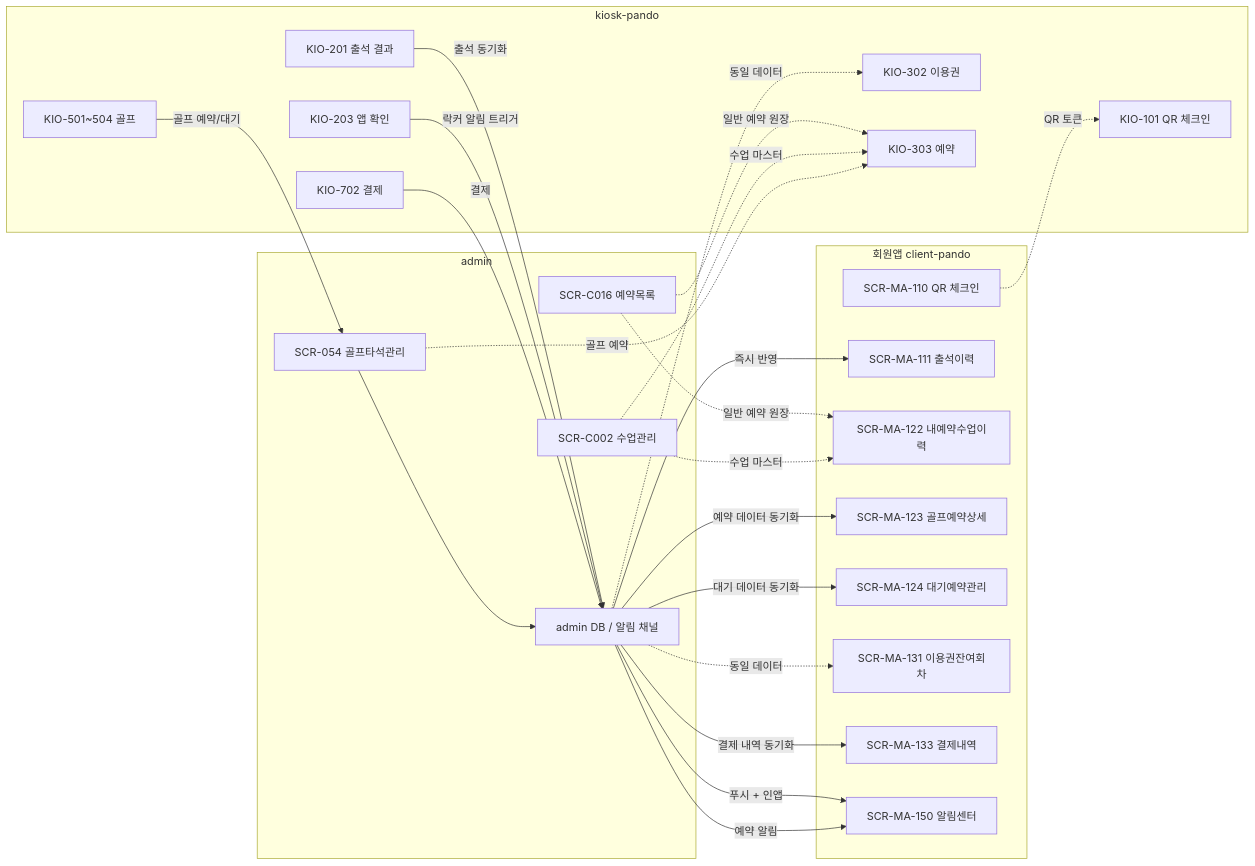
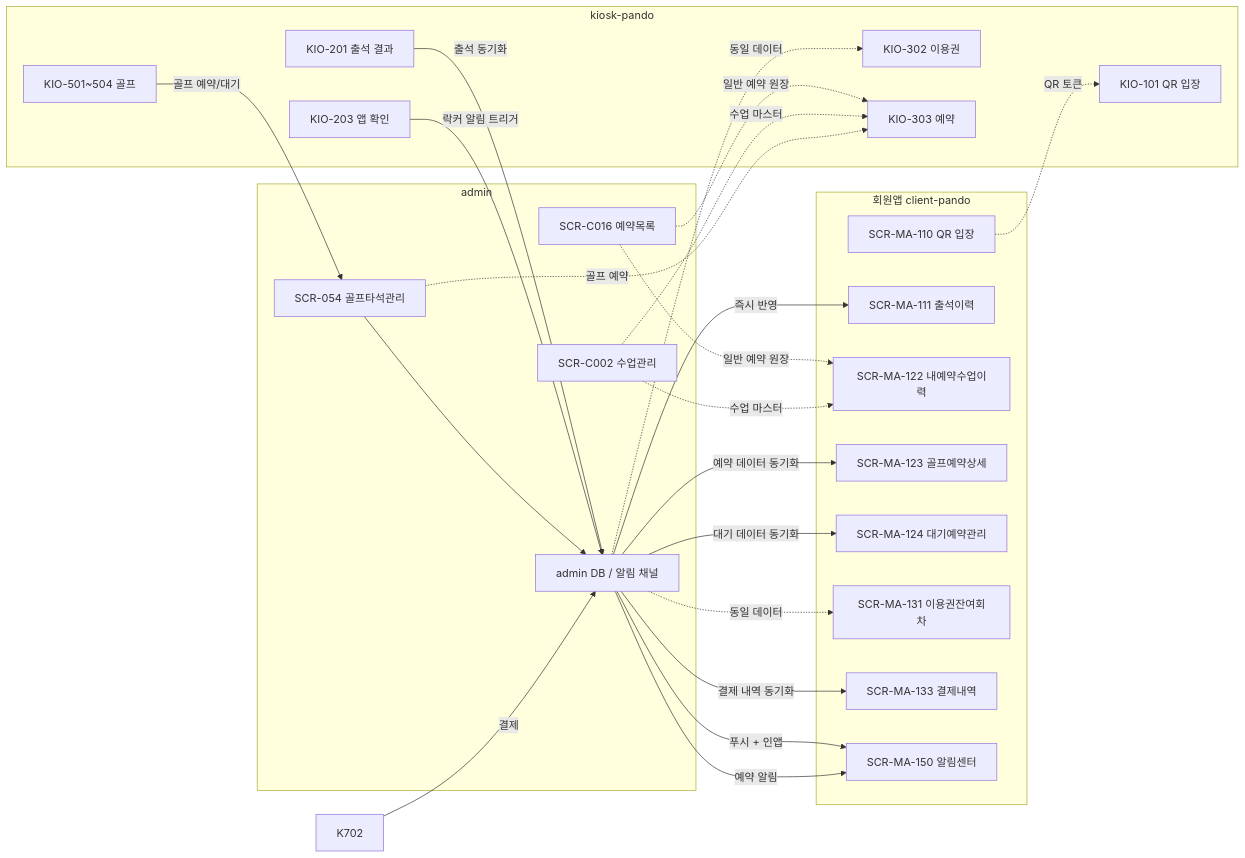
The first of 6 diagrams in docs/kiosk/다이어그램/70_client_연동/70_client_qr_알림.md (dev-spogym/admin-pando), drawn with Mermaid before and after one commit. The commit also changed 167 other files, not shown here.

````diff
--- a/docs/kiosk/다이어그램/70_client_연동/70_client_qr_알림.md
+++ b/docs/kiosk/다이어그램/70_client_연동/70_client_qr_알림.md
@@ -8,58 +8,57 @@
 ```mermaid
 flowchart LR
     subgraph clientapp[회원앱 client-pando]
-        C110[SCR-MA-110 QR 체크인]
+        C110[SCR-MA-110 QR 입장]
         C111[SCR-MA-111 출석이력]
         C122[SCR-MA-122 내예약수업이력]
         C123[SCR-MA-123 골프예약상세]
         C124[SCR-MA-124 대기예약관리]
         C131[SCR-MA-131 이용권잔여회차]
         C133[SCR-MA-133 결제내역]
         C150[SCR-MA-150 알림센터]
     end
 
     subgraph kiosk[kiosk-pando]
-        K101[KIO-101 QR 체크인]
+        K101[KIO-101 QR 입장]
         K201[KIO-201 출석 결과]
         K203[KIO-203 앱 확인]
         K302[KIO-302 이용권]
         K303[KIO-303 예약]
         K501[KIO-501~504 골프]
-        K702[KIO-702 결제]
     end
 
     subgraph admin[admin]
         A[admin DB / 알림 채널]
         C02[SCR-C002 수업관리]
         C16[SCR-C016 예약목록]
         G54[SCR-054 골프타석관리]
     end
 
     %% 회원앱 → 키오스크 (QR)
     C110 -.QR 토큰.-> K101
 
     %% 키오스크 → 회원앱 (admin 경유)
     K201 -->|출석 동기화| A
     A -->|즉시 반영| C111
 
     K203 -->|락커 알림 트리거| A
     A -->|푸시 + 인앱| C150
 
     K501 -->|골프 예약/대기| G54
     G54 --> A
     A -->|예약 알림| C150
     A -->|예약 데이터 동기화| C123
     A -->|대기 데이터 동기화| C124
 
     K702 -->|결제| A
     A -->|결제 내역 동기화| C133
 
     %% 같은 데이터 다른 UX
     A -.동일 데이터.-> K302
     A -.동일 데이터.-> C131
     C16 -.일반 예약 원장.-> K303
     C02 -.수업 마스터.-> K303
     C16 -.일반 예약 원장.-> C122
     C02 -.수업 마스터.-> C122
     G54 -.골프 예약.-> K303
 ```
````
